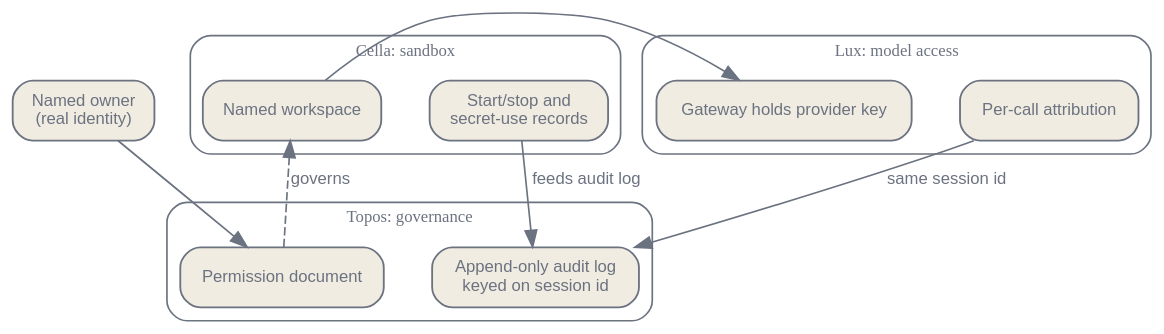
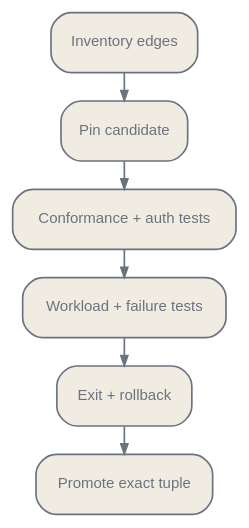
Before and after one commit to latere-ai/ai-as-an-infrastructure: the third of 3 diagrams in en/ecosystem/03-tooling-ecosystem.qmd, drawn with Graphviz. The commit also changed other lines of this file and 3 other files, not shown here.

````diff
--- a/en/ecosystem/03-tooling-ecosystem.qmd
+++ b/en/ecosystem/03-tooling-ecosystem.qmd
@@ -350,35 +472,21 @@
 ```{dot}
-//| label: fig-tooling-composition
-//| fig-cap: "The layers compose around one session id. Governance reads the sandbox audit log, the gateway's attribution keys on the same session id, and a named owner ties it all to a real identity."
-digraph {
+//| label: fig-tooling-adoption
+//| fig-cap: "Tooling adoption is a promotion workflow. A candidate stays outside the production path until its versions and edges are inventoried, its authority and failure behavior are tested, and rollback has been exercised."
+digraph tooling_adoption {
   bgcolor="transparent";
   rankdir=TB;
-  nodesep=0.4; ranksep=0.5;
-  node [shape=box, style="rounded,filled", fontname="Helvetica", fontsize=10, color="#6b7280", fontcolor="#6b7280", fillcolor="#f1ece1", penwidth=1.1];
-  edge [fontsize=10, fontname="Helvetica", color="#6b7280", fontcolor="#6b7280"];
-
-  owner [label="Named owner\n(real identity)"];
-
-  subgraph cluster_cella {
-    label="Cella: sandbox"; style=rounded; color="#6b7280"; fontcolor="#6b7280"; fontsize=10;
-    rec [label="Start/stop and\nsecret-use records"];
-    work [label="Named workspace"];
-  }
-  subgraph cluster_lux {
-    label="Lux: model access"; style=rounded; color="#6b7280"; fontcolor="#6b7280"; fontsize=10;
-    gw [label="Gateway holds provider key"];
-    attr [label="Per-call attribution"];
-  }
-  subgraph cluster_topos {
-    label="Topos: governance"; style=rounded; color="#6b7280"; fontcolor="#6b7280"; fontsize=10;
-    doc [label="Permission document"];
-    log [label="Append-only audit log\nkeyed on session id"];
-  }
-
-  owner -> doc;
-  doc -> work [label="governs", style=dashed];
-  rec -> log [label="feeds audit log"];
-  attr -> log [label="same session id"];
-  work -> gw;
+  nodesep=0.13;
+  ranksep=0.24;
+  node [shape=box, style="rounded,filled", fontname="Helvetica", fontsize=9,
+        color="#6b7280", fontcolor="#6b7280", fillcolor="#f1ece1",
+        margin="0.10,0.07"];
+  edge [color="#6b7280", arrowsize=0.6];
+  I [label="Inventory edges"];
+  P [label="Pin candidate"];
+  C [label="Conformance + auth tests"];
+  W [label="Workload + failure tests"];
+  R [label="Exit + rollback"];
+  G [label="Promote exact tuple"];
+  I -> P -> C -> W -> R -> G;
 }
 ```
````
